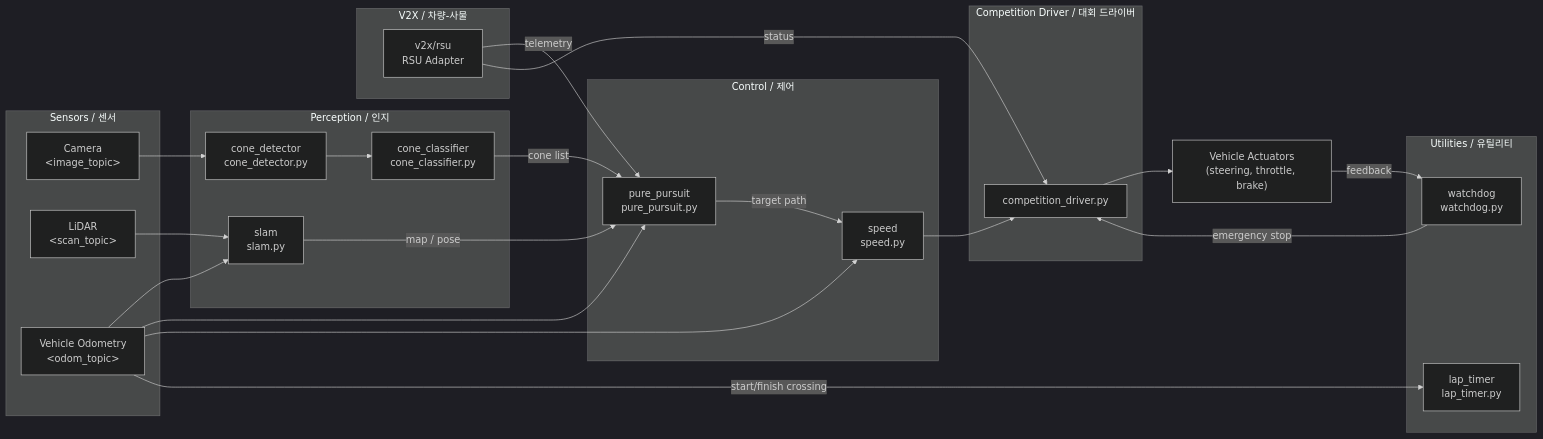
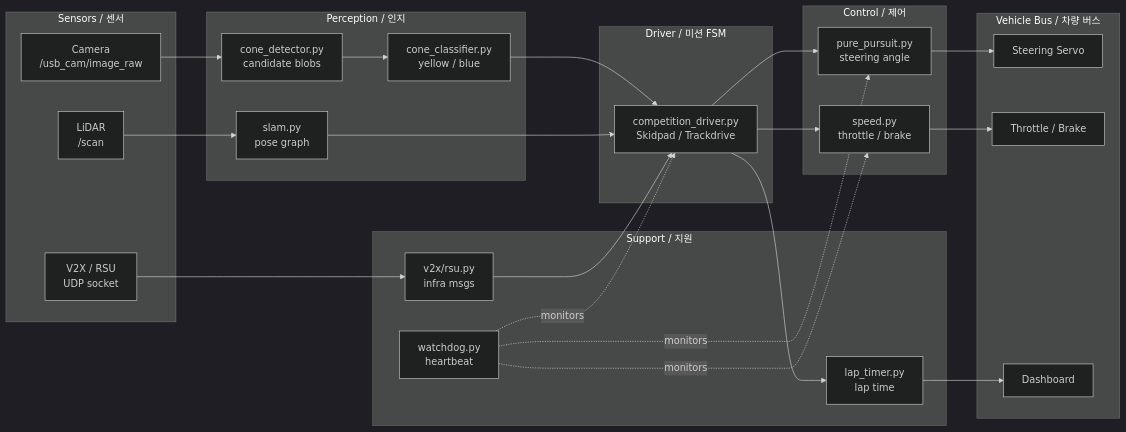
Before and after one commit to jclee941/hycu_fsds: the diagram in README.md, drawn with Mermaid (dark theme). The commit also changed other lines of this file, not shown here.

````diff
--- a/README.md
+++ b/README.md
@@ -112,54 +83,45 @@
 ```mermaid
 flowchart LR
     subgraph Sensors["Sensors / 센서"]
-        CAM["Camera<br/>&lt;image_topic&gt;"]
-        LIDAR["LiDAR<br/>&lt;scan_topic&gt;"]
-        ODOM["Vehicle Odometry<br/>&lt;odom_topic&gt;"]
+        CAM["Camera<br/>/usb_cam/image_raw"]
+        LIDAR["LiDAR<br/>/scan"]
+        V2X_IN["V2X / RSU<br/>UDP socket"]
     end
 
     subgraph Perception["Perception / 인지"]
-        CD["cone_detector<br/>cone_detector.py"]
-        CC["cone_classifier<br/>cone_classifier.py"]
-        SLAM["slam<br/>slam.py"]
-    end
-
-    subgraph V2X["V2X / 차량-사물"]
-        RSU["v2x/rsu<br/>RSU Adapter"]
+        DET["cone_detector.py<br/>candidate blobs"]
+        CLS["cone_classifier.py<br/>yellow / blue"]
+        SLAM["slam.py<br/>pose graph"]
     end
 
     subgraph Control["Control / 제어"]
-        PP["pure_pursuit<br/>pure_pursuit.py"]
-        SP["speed<br/>speed.py"]
+        PP["pure_pursuit.py<br/>steering angle"]
+        SPD["speed.py<br/>throttle / brake"]
     end
 
-    subgraph Utils["Utilities / 유틸리티"]
-        LT["lap_timer<br/>lap_timer.py"]
-        WD["watchdog<br/>watchdog.py"]
+    subgraph Support["Support / 지원"]
+        WT["watchdog.py<br/>heartbeat"]
+        LT["lap_timer.py<br/>lap time"]
+        V2X["v2x/rsu.py<br/>infra msgs"]
     end
 
-    subgraph Driver["Competition Driver / 대회 드라이버"]
-        DRV["competition_driver.py"]
+    subgraph Driver["Driver / 미션 FSM"]
+        CD["competition_driver.py<br/>Skidpad / Trackdrive"]
     end
 
-    ACTUATORS["Vehicle Actuators<br/>(steering, throttle, brake)"]
+    subgraph Vehicle["Vehicle Bus / 차량 버스"]
+        STEER["Steering Servo"]
+        THROT["Throttle / Brake"]
+        DASH["Dashboard"]
+    end
 
-    CAM --> CD
-    LIDAR --> SLAM
-    ODOM --> SLAM
-    ODOM --> PP
-    ODOM --> SP
-
-    CD --> CC
-    CC -->|cone list| PP
-    SLAM -->|map / pose| PP
-    RSU -->|telemetry| PP
-    RSU -->|status| DRV
-
-    PP -->|target path| SP
-    SP --> DRV
-    DRV --> ACTUATORS
-
-    ACTUATORS -->|feedback| WD
-    WD -->|emergency stop| DRV
-    ODOM -->|start/finish crossing| LT
+    CAM --> DET --> CLS --> CD
+    LIDAR --> SLAM --> CD
+    V2X_IN --> V2X --> CD
+    CD --> PP --> STEER
+    CD --> SPD --> THROT
+    CD --> LT --> DASH
+    WT -.monitors.-> CD
+    WT -.monitors.-> PP
+    WT -.monitors.-> SPD
 ```
````
